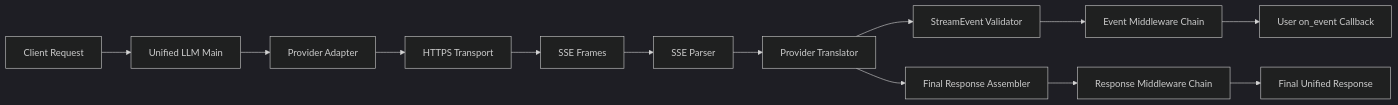
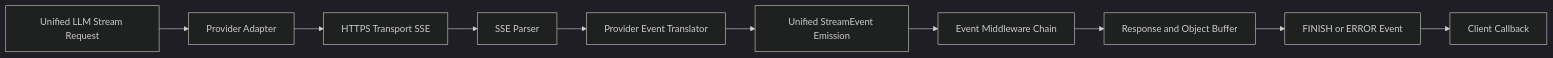
One commit to jaytaylor/attractor-tcl changed the fourth of 5 diagrams in docs/sprints/SPRINT-005-comprehensive-implementation-plan.md. Above: the diagram before and after it, drawn with Mermaid (dark theme). The commit also changed other lines of this file, not shown here.

````diff
--- a/docs/sprints/SPRINT-005-comprehensive-implementation-plan.md
+++ b/docs/sprints/SPRINT-005-comprehensive-implementation-plan.md
@@ -879,15 +531,12 @@
 ```mermaid
 flowchart LR
-  I[Client Request] --> J[Unified LLM Main]
-  J --> K[Provider Adapter]
-  K --> L[HTTPS Transport]
-  L --> M[SSE Frames]
-  M --> N[SSE Parser]
-  N --> O[Provider Translator]
-  O --> P[StreamEvent Validator]
-  P --> Q[Event Middleware Chain]
-  Q --> R[User on_event Callback]
-  O --> S[Final Response Assembler]
-  S --> T[Response Middleware Chain]
-  T --> U[Final Unified Response]
+    Req[Unified LLM Stream Request] --> Adapter[Provider Adapter]
+    Adapter --> Transport[HTTPS Transport SSE]
+    Transport --> SSE[SSE Parser]
+    SSE --> Translator[Provider Event Translator]
+    Translator --> Events[Unified StreamEvent Emission]
+    Events --> Middleware[Event Middleware Chain]
+    Middleware --> Buffer[Response and Object Buffer]
+    Buffer --> Finish[FINISH or ERROR Event]
+    Finish --> Consumer[Client Callback]
 ```
````
